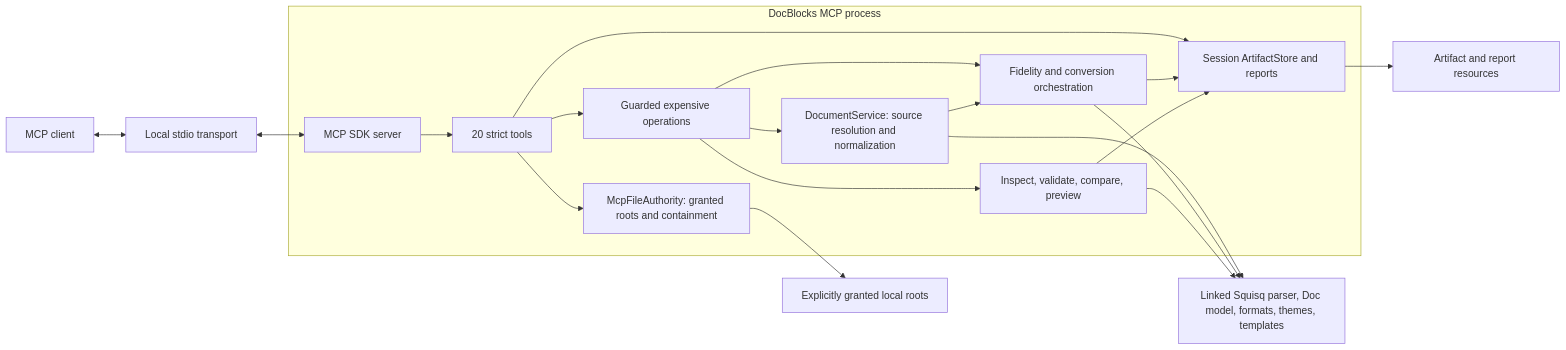
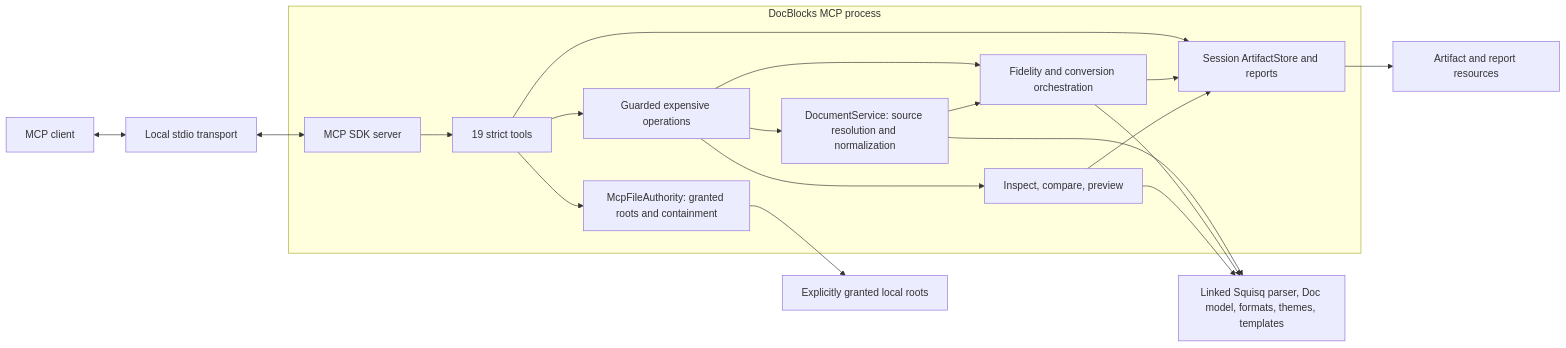
The diagram in docs/mcp.md (bendyline/docblocks), drawn with Mermaid before and after one commit. The commit also changed other lines of this file and 111 other files, not shown here.

````diff
--- a/docs/mcp.md
+++ b/docs/mcp.md
@@ -22,24 +22,24 @@
 ```mermaid
 flowchart LR
   client["MCP client"] <--> transport["Local stdio transport"]
   transport <--> sdk["MCP SDK server"]
 
   subgraph docblocks["DocBlocks MCP process"]
-    sdk --> tools["20 strict tools"]
+    sdk --> tools["19 strict tools"]
     tools --> guard["Guarded expensive operations"]
     guard --> documents["DocumentService: source resolution and normalization"]
-    guard --> intelligence["Inspect, validate, compare, preview"]
+    guard --> intelligence["Inspect, compare, preview"]
     guard --> conversion["Fidelity and conversion orchestration"]
     tools --> authority["McpFileAuthority: granted roots and containment"]
     tools --> artifacts["Session ArtifactStore and reports"]
     documents --> conversion
     conversion --> artifacts
     intelligence --> artifacts
   end
 
   documents --> squisq["Linked Squisq parser, Doc model, formats, themes, templates"]
   conversion --> squisq
   intelligence --> squisq
   artifacts --> resources["Artifact and report resources"]
   authority --> filesystem["Explicitly granted local roots"]
 ```
````
